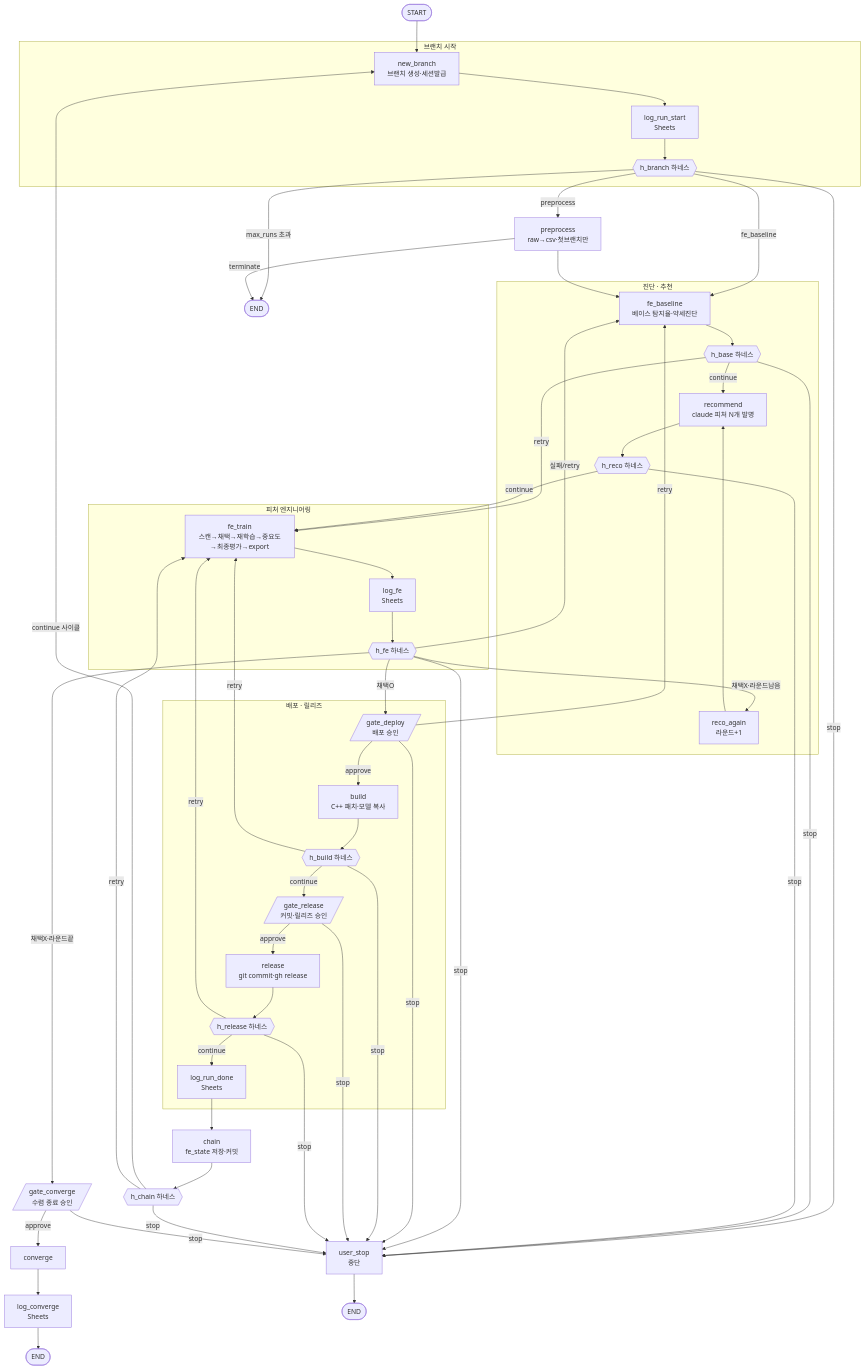
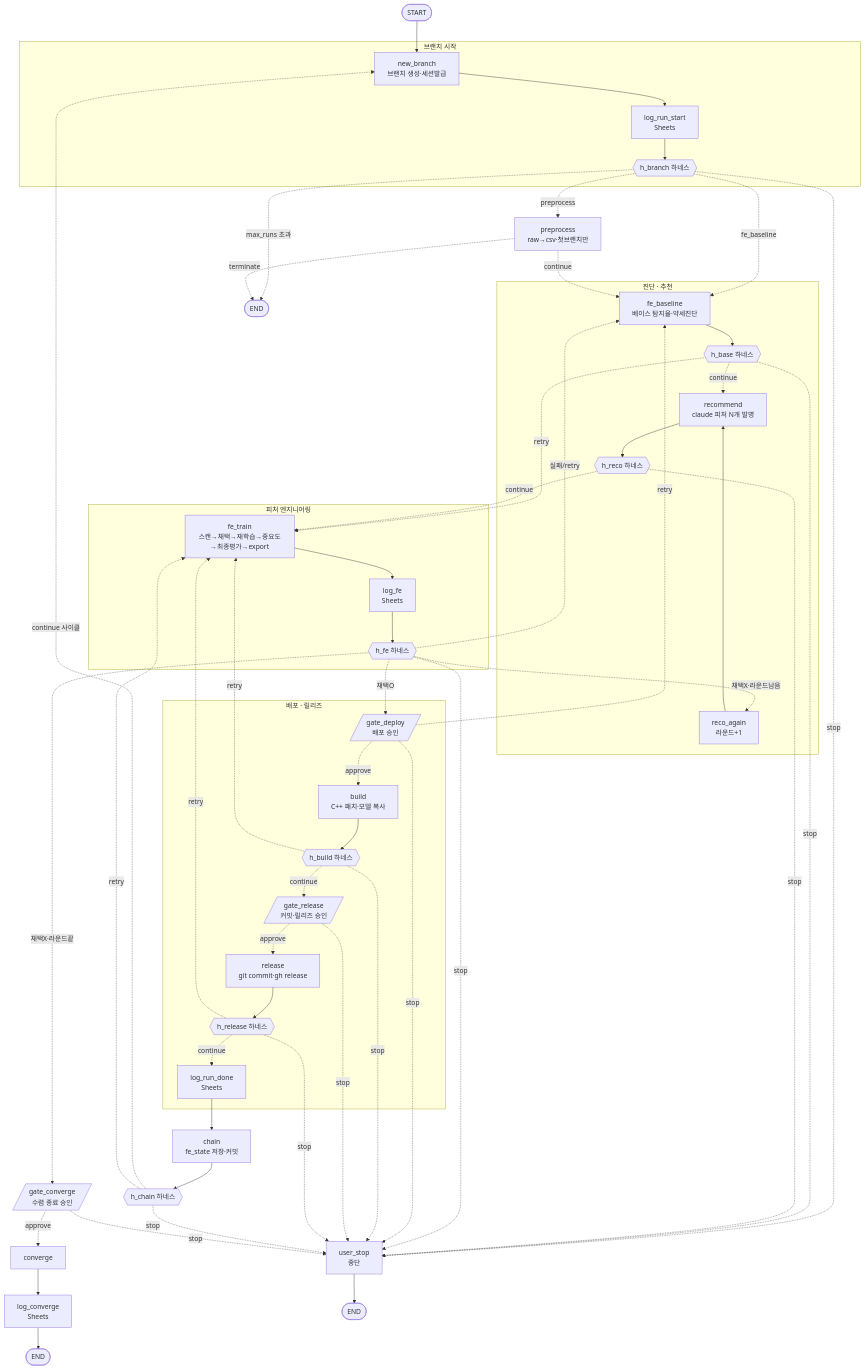
Before and after one commit to JB-Pirate-King/JB-Pirate-King: the first of 2 diagrams in ml/PIPELINE.md, drawn with Mermaid. The commit also changed other lines of this file, not shown here.

First line of the commit message:
docs(ml): PIPELINE.md file map, raw LangGraph mermaid, solid/dotted edges

````diff
--- a/ml/PIPELINE.md
+++ b/ml/PIPELINE.md
@@ -40,65 +94,65 @@
 ```mermaid
 flowchart TD
     START([START]) --> new_branch
 
     subgraph BRANCH_INIT[브랜치 시작]
         new_branch[new_branch<br/>브랜치 생성·세션발급] --> log_run_start[log_run_start<br/>Sheets]
         log_run_start --> h_branch{{h_branch 하네스}}
     end
 
-    h_branch -->|preprocess| preprocess[preprocess<br/>raw→csv·첫브랜치만]
-    h_branch -->|fe_baseline| fe_baseline
-    h_branch -->|stop| user_stop
-    h_branch -->|max_runs 초과| END1([END])
-    preprocess --> fe_baseline
-    preprocess -->|terminate| END1
+    h_branch -.->|preprocess| preprocess[preprocess<br/>raw→csv·첫브랜치만]
+    h_branch -.->|fe_baseline| fe_baseline
+    h_branch -.->|stop| user_stop
+    h_branch -.->|max_runs 초과| END1([END])
+    preprocess -.->|continue| fe_baseline
+    preprocess -.->|terminate| END1
 
     subgraph DIAGNOSE_RECO[진단 · 추천]
         fe_baseline[fe_baseline<br/>베이스 탐지율·약세진단] --> h_base{{h_base 하네스}}
-        h_base -->|continue| recommend[recommend<br/>claude 피처 N개 발명]
+        h_base -.->|continue| recommend[recommend<br/>claude 피처 N개 발명]
         recommend --> h_reco{{h_reco 하네스}}
         reco_again[reco_again<br/>라운드+1] --> recommend
     end
-    h_base -->|retry| fe_train
-    h_base -->|stop| user_stop
-    h_reco -->|continue| fe_train
-    h_reco -->|stop| user_stop
+    h_base -.->|retry| fe_train
+    h_base -.->|stop| user_stop
+    h_reco -.->|continue| fe_train
+    h_reco -.->|stop| user_stop
 
     subgraph FE[피처 엔지니어링]
         fe_train[fe_train<br/>스캔→채택→재학습→중요도→최종평가→export] --> log_fe[log_fe<br/>Sheets]
         log_fe --> h_fe{{h_fe 하네스}}
     end
 
-    h_fe -->|채택O| gate_deploy
-    h_fe -->|채택X·라운드남음| reco_again
-    h_fe -->|채택X·라운드끝| gate_converge
-    h_fe -->|실패/retry| fe_baseline
-    h_fe -->|stop| user_stop
+    h_fe -.->|채택O| gate_deploy
+    h_fe -.->|채택X·라운드남음| reco_again
+    h_fe -.->|채택X·라운드끝| gate_converge
+    h_fe -.->|실패/retry| fe_baseline
+    h_fe -.->|stop| user_stop
 
     subgraph DEPLOY[배포 · 릴리즈]
-        gate_deploy[/gate_deploy<br/>배포 승인/] -->|approve| build[build<br/>C++ 패치·모델 복사]
+        gate_deploy[/gate_deploy<br/>배포 승인/] -.->|approve| build[build<br/>C++ 패치·모델 복사]
         build --> h_build{{h_build 하네스}}
-        h_build -->|continue| gate_release[/gate_release<br/>커밋·릴리즈 승인/]
-        gate_release -->|approve| release[release<br/>git commit·gh release]
+        h_build -.->|continue| gate_release[/gate_release<br/>커밋·릴리즈 승인/]
+        gate_release -.->|approve| release[release<br/>git commit·gh release]
         release --> h_release{{h_release 하네스}}
-        h_release -->|continue| log_run_done[log_run_done<br/>Sheets]
+        h_release -.->|continue| log_run_done[log_run_done<br/>Sheets]
     end
-    gate_deploy -->|retry| fe_baseline
-    gate_deploy -->|stop| user_stop
-    h_build -->|retry| fe_train
-    h_build -->|stop| user_stop
-    gate_release -->|stop| user_stop
-    h_release -->|retry| fe_train
-    h_release -->|stop| user_stop
+    gate_deploy -.->|retry| fe_baseline
+    gate_deploy -.->|stop| user_stop
+    h_build -.->|retry| fe_train
+    h_build -.->|stop| user_stop
+    gate_release -.->|stop| user_stop
+    h_release -.->|retry| fe_train
+    h_release -.->|stop| user_stop
 
     log_run_done --> chain[chain<br/>fe_state 저장·커밋]
     chain --> h_chain{{h_chain 하네스}}
-    h_chain -->|continue 사이클| new_branch
-    h_chain -->|retry| fe_train
-    h_chain -->|stop| user_stop
+    h_chain -.->|continue 사이클| new_branch
+    h_chain -.->|retry| fe_train
+    h_chain -.->|stop| user_stop
 
-    gate_converge[/gate_converge<br/>수렴 종료 승인/] -->|approve| converge[converge]
-    gate_converge -->|stop| user_stop
+    gate_converge[/gate_converge<br/>수렴 종료 승인/] -.->|approve| converge[converge]
+    gate_converge -.->|stop| user_stop
     converge --> log_converge[log_converge<br/>Sheets] --> END2([END])
     user_stop[user_stop<br/>중단] --> END3([END])
 ```
````
